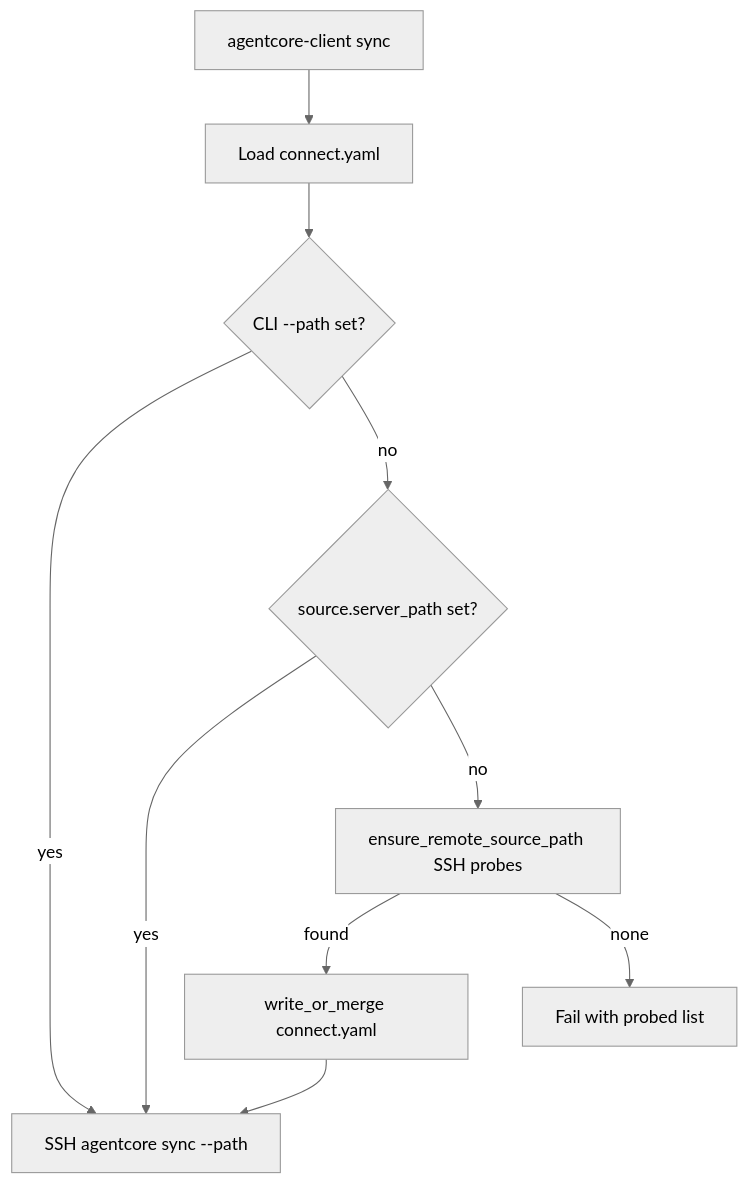
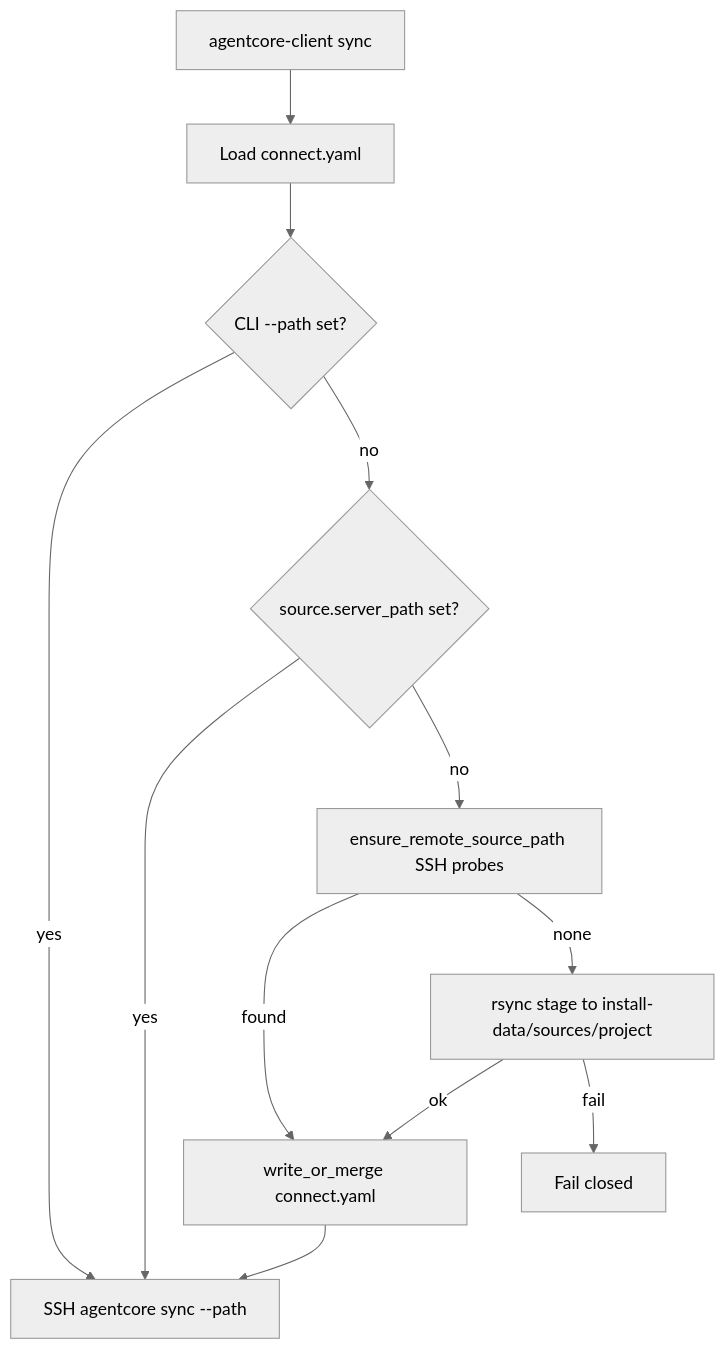
The first of 2 diagrams in docs/08-software-engineering-architecture/41-one-command-cross-platform-agent-onboarding-continued.md (Mohammad-Mirasadollahi/AgentCore), drawn with Mermaid (neutral theme) before and after one commit. The commit also changed other lines of this file and 34 other files, not shown here.

First line of the commit message:
Put durable AgentCore data beside the install and auto-stage sync sources.

````diff
--- a/docs/08-software-engineering-architecture/41-one-command-cross-platform-agent-onboarding-continued.md
+++ b/docs/08-software-engineering-architecture/41-one-command-cross-platform-agent-onboarding-continued.md
@@ -100,12 +103,14 @@
 ```mermaid
 flowchart TD
   syncCmd[agentcore-client sync] --> loadYaml[Load connect.yaml]
   loadYaml --> hasCli{CLI --path set?}
   hasCli -->|yes| sshSync[SSH agentcore sync --path]
   hasCli -->|no| hasSrc{source.server_path set?}
   hasSrc -->|yes| sshSync
   hasSrc -->|no| discover[ensure_remote_source_path SSH probes]
   discover -->|found| persist[write_or_merge connect.yaml]
   persist --> sshSync
-  discover -->|none| failClosed[Fail with probed list]
+  discover -->|none| stage[rsync stage to install-data/sources/project]
+  stage -->|ok| persist
+  stage -->|fail| failClosed[Fail closed]
 ```
````
